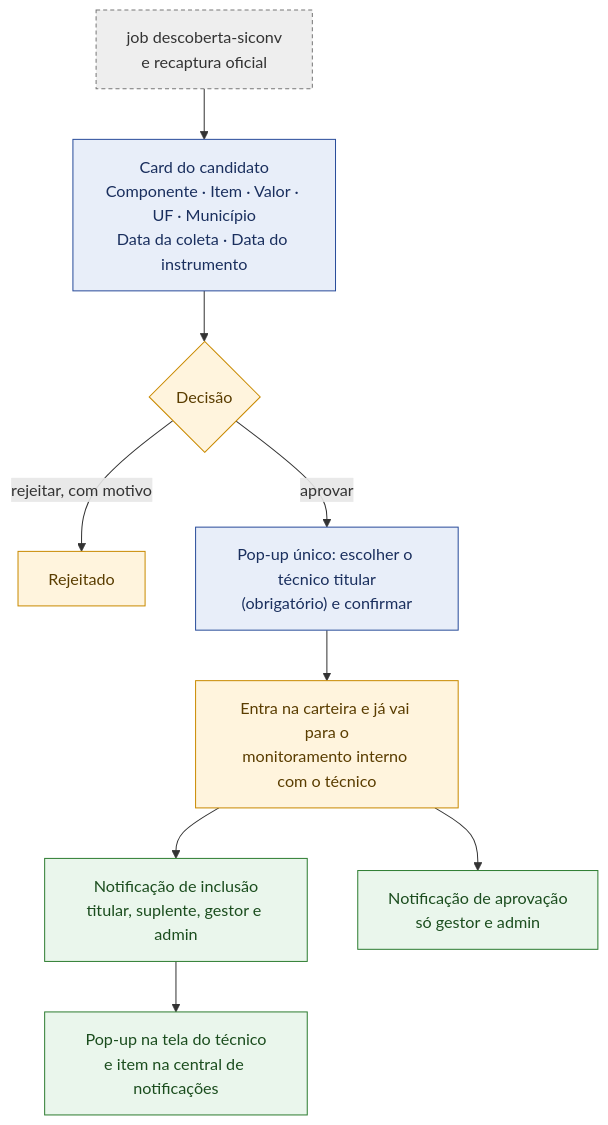
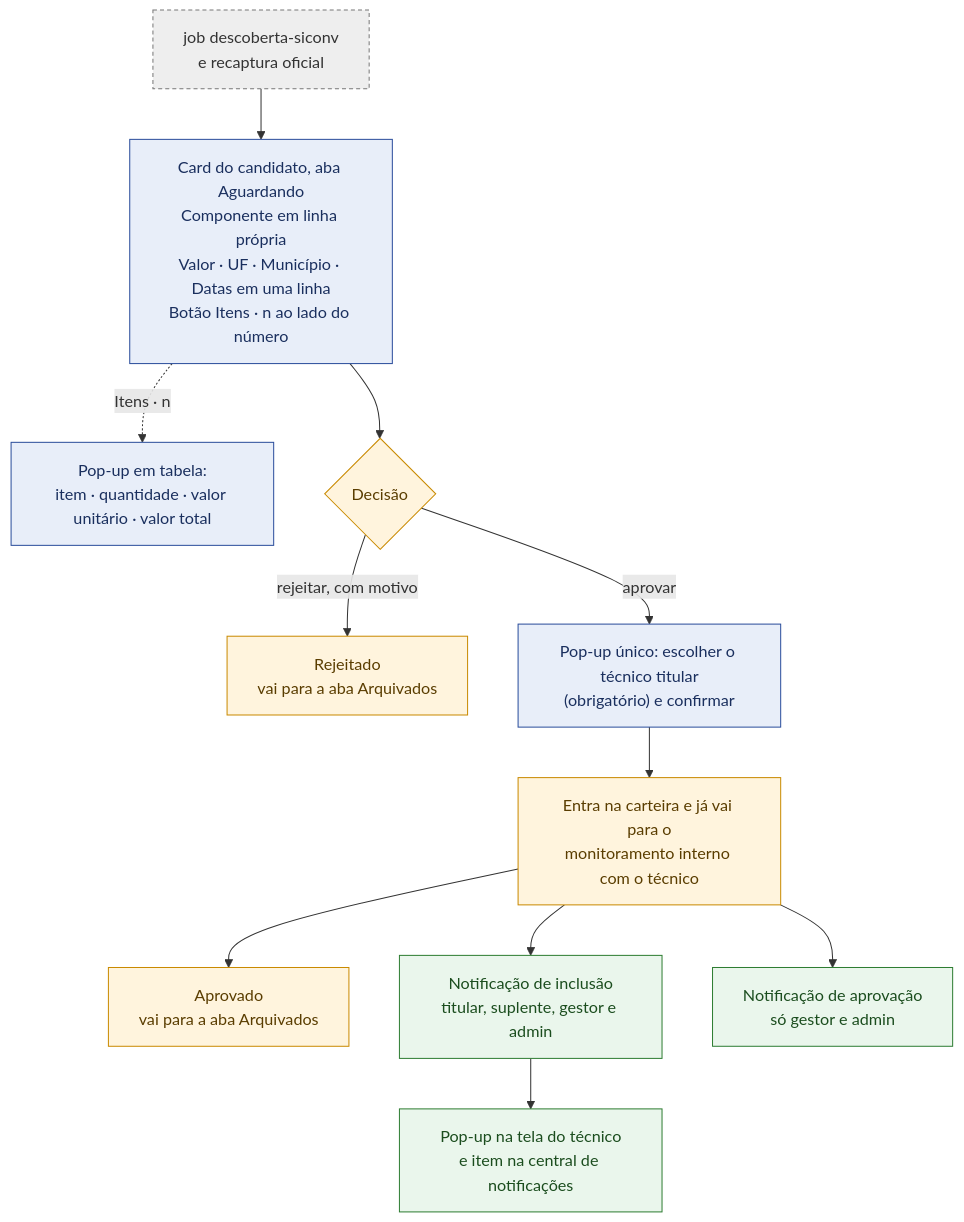
Before and after one commit to devs-ministerio/par_equipamentos: the tenth of 11 diagrams in docs/arquitetura/mapa-monitoramento-interno-2026-11-19.md, drawn with Mermaid. The commit also changed other lines of this file, not shown here.

Commit message:
docs: mapa do Radar com abas, tabela de itens e monitor só para admin

````diff
--- a/docs/arquitetura/mapa-monitoramento-interno-2026-11-19.md
+++ b/docs/arquitetura/mapa-monitoramento-interno-2026-11-19.md
@@ -295,16 +295,18 @@
 ```mermaid
 flowchart TB
     classDef job fill:#EEE,stroke:#777,color:#333,stroke-dasharray:4 3
     classDef tela fill:#E8EEF9,stroke:#2A4D9B,color:#1a2f5e
     classDef regra fill:#FFF4DD,stroke:#C98A00,color:#5a3d00
     classDef aviso fill:#EAF6EC,stroke:#2E7D32,color:#1b4d1e
 
-    J["job descoberta-siconv<br/>e recaptura oficial"]:::job --> CARD["Card do candidato<br/>Componente · Item · Valor · UF · Município<br/>Data da coleta · Data do instrumento"]:::tela
+    J["job descoberta-siconv<br/>e recaptura oficial"]:::job --> CARD["Card do candidato, aba Aguardando<br/>Componente em linha própria<br/>Valor · UF · Município · Datas em uma linha<br/>Botão Itens · n ao lado do número"]:::tela
+    CARD -. "Itens · n" .-> TAB["Pop-up em tabela:<br/>item · quantidade · valor unitário · valor total"]:::tela
     CARD --> D{"Decisão"}:::regra
-    D -->|"rejeitar, com motivo"| REJ["Rejeitado"]:::regra
+    D -->|"rejeitar, com motivo"| REJ["Rejeitado<br/>vai para a aba Arquivados"]:::regra
     D -->|"aprovar"| DLG["Pop-up único: escolher o técnico titular<br/>(obrigatório) e confirmar"]:::tela
     DLG --> MON["Entra na carteira e já vai para o<br/>monitoramento interno com o técnico"]:::regra
+    MON --> ARQ["Aprovado<br/>vai para a aba Arquivados"]:::regra
     MON --> N1["Notificação de inclusão<br/>titular, suplente, gestor e admin"]:::aviso
     N1 --> POP["Pop-up na tela do técnico<br/>e item na central de notificações"]:::aviso
     MON --> N2["Notificação de aprovação<br/>só gestor e admin"]:::aviso
 ```
````
